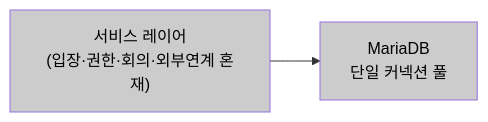
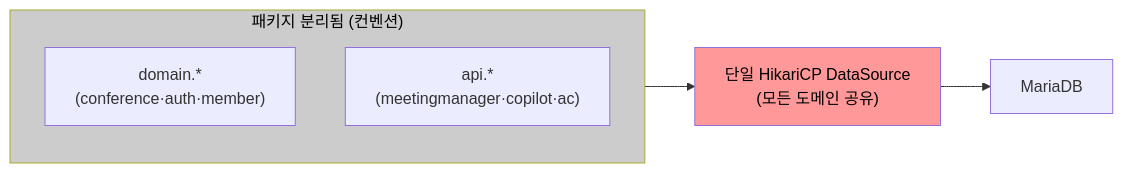
Before and after one commit to sujinnkim/A_Personal: the first of 3 diagrams in docs/04-architecture-analysis/3.2-problem-analysis-and-strategy/AS-01-입장처리도메인경계분리.md, drawn with Mermaid. The commit also changed other lines of this file and 3 other files, not shown here.

````diff
--- a/docs/04-architecture-analysis/3.2-problem-analysis-and-strategy/AS-01-입장처리도메인경계분리.md
+++ b/docs/04-architecture-analysis/3.2-problem-analysis-and-strategy/AS-01-입장처리도메인경계분리.md
@@ -32,8 +34,12 @@
 ```mermaid
 flowchart LR
-    SVC["서비스 레이어\n(입장·권한·회의·외부연계 혼재)"]
-    DB["MariaDB\n단일 커넥션 풀"]
-    SVC --> DB
-    style SVC fill:#cccccc,color:#000
-    style DB fill:#cccccc,color:#000
+    subgraph PKG["패키지 분리됨 (컨벤션)"]
+        D["domain.*\n(conference·auth·member)"]
+        A["api.*\n(meetingmanager·copilot·ac)"]
+    end
+    DS["단일 HikariCP DataSource\n(모든 도메인 공유)"]
+    DB["MariaDB"]
+    PKG --> DS --> DB
+    style DS fill:#ff9999,color:#000
+    style PKG fill:#cccccc,color:#000
 ```
````
